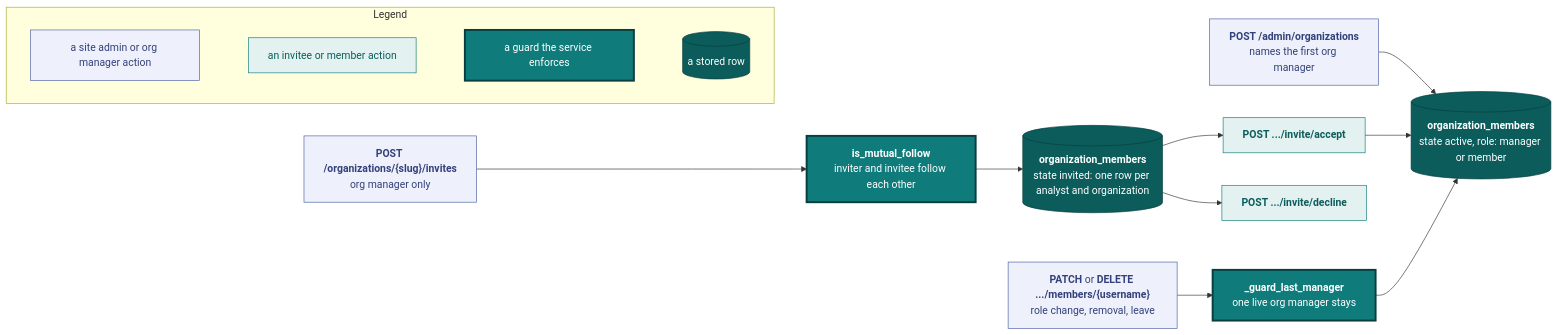
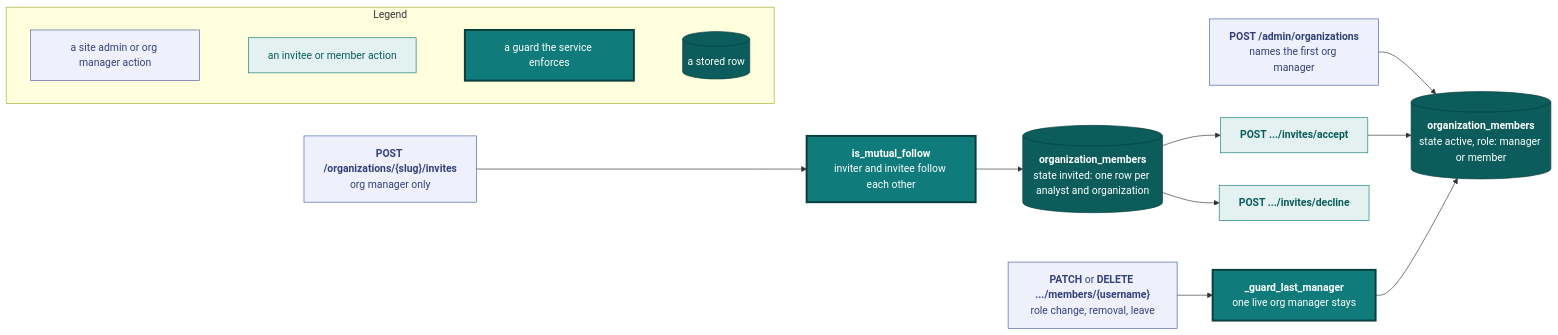
The ninth of 9 diagrams in docs/api.md (vidithq/vidit), drawn with Mermaid before and after one commit. The commit also changed other lines of this file and 6 other files, not shown here.

First line of the commit message:
refactor(api): answer an organization invite under /invites

````diff
--- a/docs/api.md
+++ b/docs/api.md
@@ -3578,39 +3578,39 @@
 ```mermaid
 flowchart LR
   classDef spec fill:#eef1fb,stroke:#4a5fa5,color:#33417a
   classDef shared fill:#e3f2f1,stroke:#0f7b7a,color:#0b5c5b
   classDef core fill:#0f7b7a,stroke:#083f3e,stroke-width:3px,color:#ffffff
   classDef store fill:#0b5c5b,stroke:#083f3e,color:#ffffff
 
   subgraph legend [Legend]
     direction LR
     l1["`a site admin or org manager action`"]:::spec
     l2["`an invitee or member action`"]:::shared
     l3["`a guard the service enforces`"]:::core
     l4[("`a stored row`")]:::store
     l1 ~~~ l2 ~~~ l3 ~~~ l4
   end
 
   create["`**POST /admin/organizations**
   names the first org manager`"]:::spec
   invite["`**POST /organizations/{slug}/invites**
   org manager only`"]:::spec
   mutual["`**is_mutual_follow**
   inviter and invitee follow each other`"]:::core
   pending[("`**organization_members**
   state invited: one row per analyst and organization`")]:::store
-  accept["`**POST .../invite/accept**`"]:::shared
-  decline["`**POST .../invite/decline**`"]:::shared
+  accept["`**POST .../invites/accept**`"]:::shared
+  decline["`**POST .../invites/decline**`"]:::shared
   members[("`**organization_members**
   state active, role: manager or member`")]:::store
   manage["`**PATCH** or **DELETE .../members/{username}**
   role change, removal, leave`"]:::spec
   last["`**_guard_last_manager**
   one live org manager stays`"]:::core
 
   create --> members
   invite --> mutual --> pending
   pending --> accept --> members
   pending --> decline
   manage --> last --> members
 ```
````
